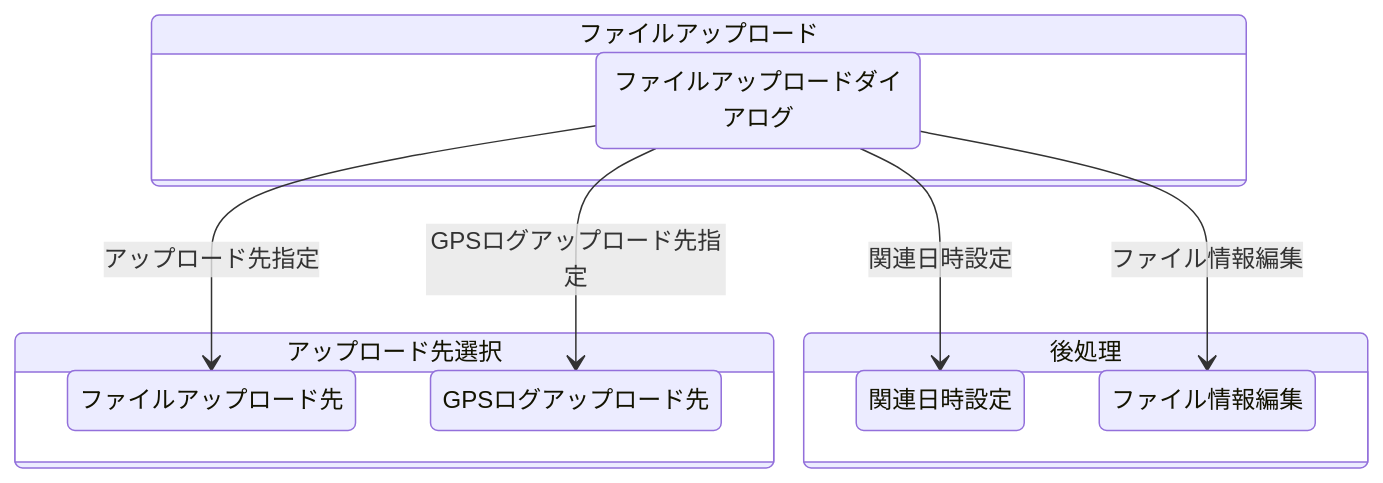
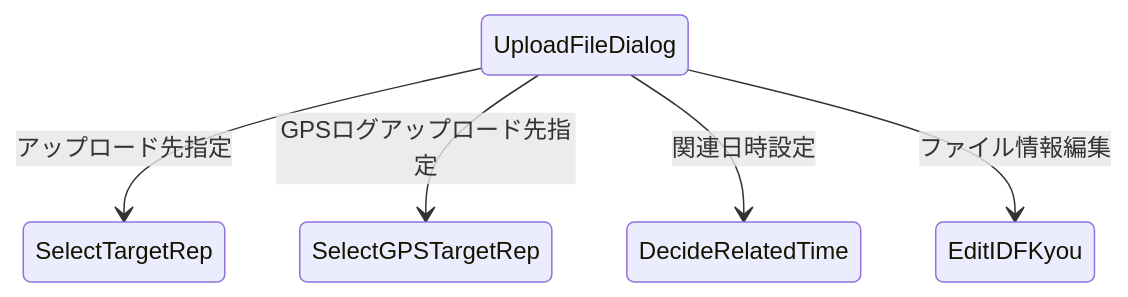
The sixth of 6 diagrams in documents/reverse/screen-transition.md (mt3hr/gkill), drawn with Mermaid before and after one commit. The commit also changed other lines of this file, not shown here.

````diff
--- a/documents/reverse/screen-transition.md
+++ b/documents/reverse/screen-transition.md
@@ -217,21 +162,7 @@
 ```mermaid
 stateDiagram-v2
-    state "ファイルアップロード" as Upload {
-        UploadFileDialog: ファイルアップロードダイアログ
-    }
-
     UploadFileDialog --> SelectTargetRep: アップロード先指定
     UploadFileDialog --> SelectGPSTargetRep: GPSログアップロード先指定
     UploadFileDialog --> DecideRelatedTime: 関連日時設定
     UploadFileDialog --> EditIDFKyou: ファイル情報編集
-
-    state "アップロード先選択" as target {
-        SelectTargetRep: ファイルアップロード先
-        SelectGPSTargetRep: GPSログアップロード先
-    }
-
-    state "後処理" as post {
-        DecideRelatedTime: 関連日時設定
-        EditIDFKyou: ファイル情報編集
-    }
 ```
````
